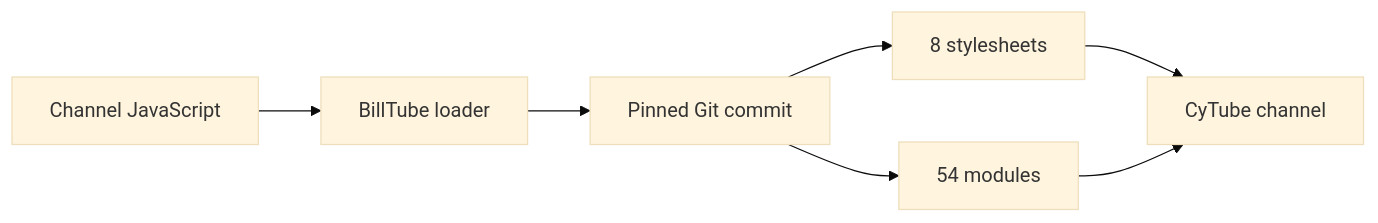
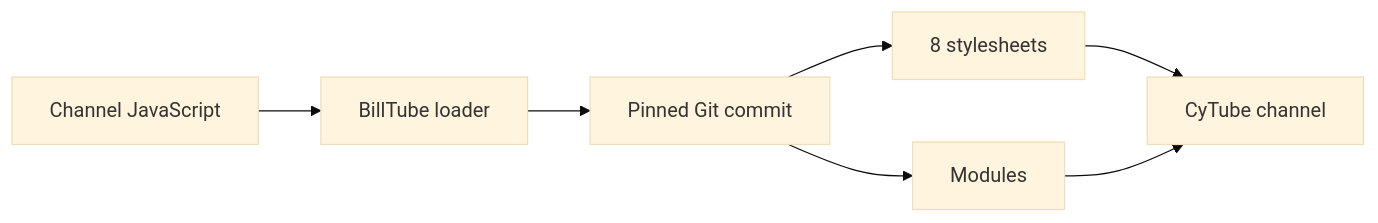
The diagram in README.md (BillTube/BillTube3), drawn with Mermaid (base theme) before and after one commit. The commit also changed other lines of this file and 12 other files, not shown here.

````diff
--- a/README.md
+++ b/README.md
@@ -32,9 +32,9 @@
 ```mermaid
 flowchart LR
     A[Channel JavaScript] --> B[BillTube loader]
     B --> C[Pinned Git commit]
     C --> D[8 stylesheets]
-    C --> E[54 modules]
+    C --> E[Modules]
     D --> F[CyTube channel]
     E --> F
 ```
````
